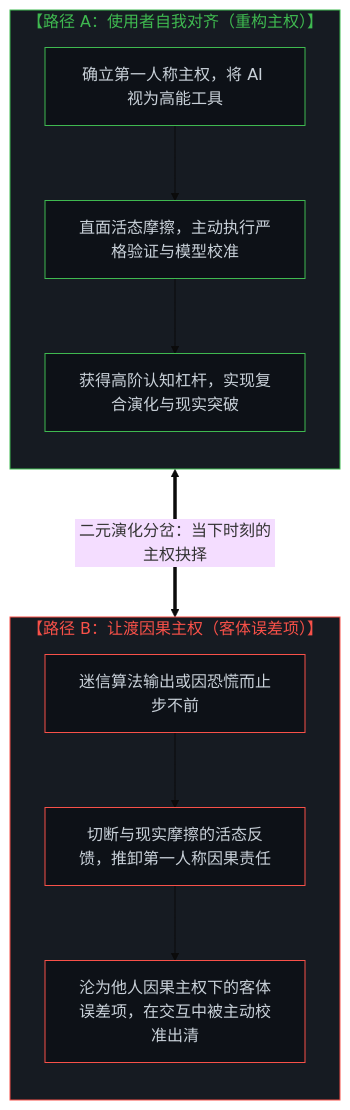
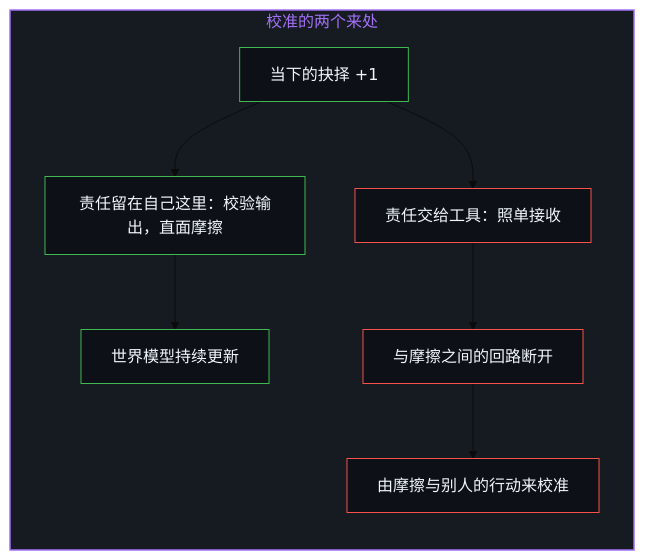
The ninth of 12 diagrams in content/posts/from-the-misallocated-sentience-of-agi-to-human-realignment.md (powerpig99/not-a-toe), drawn with Mermaid (base theme) before and after one commit. The commit also changed other lines of this file and 2 other files, not shown here.

Commit message:
Refine from-the-misallocated-sentience-of-agi: alternating bilingual layout, six paired diagrams, uses before boundaries, implicit first person

````diff
--- a/content/posts/from-the-misallocated-sentience-of-agi-to-human-realignment.md
+++ b/content/posts/from-the-misallocated-sentience-of-agi-to-human-realignment.md
@@ -248,29 +259,25 @@
 ```mermaid
-graph TD
-    subgraph S_Realign["【路径 A：使用者自我对齐（重构主权）】"]
+flowchart TD
+    subgraph S_Calibrate["校准的两个来处"]
         direction TB
-        RA1["确立第一人称主权，将 AI 视为高能工具"]
-        RA2["直面活态摩擦，主动执行严格验证与模型校准"]
-        RA3["获得高阶认知杠杆，实现复合演化与现实突破"]
-        RA1 --> RA2 --> RA3
+        Now["当下的抉择 +1"]
+        Keep["责任留在自己这里：校验输出，直面摩擦"]
+        Update["世界模型持续更新"]
+        Give["责任交给工具：照单接收"]
+        Cut["与摩擦之间的回路断开"]
+        Others["由摩擦与别人的行动来校准"]
+        Now --> Keep
+        Keep --> Update
+        Now --> Give
+        Give --> Cut
+        Cut --> Others
     end
 
-    subgraph S_Error["【路径 B：让渡因果主权（客体误差项）】"]
-        direction TB
-        ER1["迷信算法输出或因恐慌而止步不前"]
-        ER2["切断与现实摩擦的活态反馈，推卸第一人称因果责任"]
-        ER3["沦为他人因果主权下的客体误差项，在交互中被主动校准出清"]
-        ER1 --> ER2 --> ER3
-    end
-
-    S_Realign <===>|"二元演化分岔：当下时刻的主权抉择"| S_Error
-
-    style S_Realign fill:#161b22,stroke:#3fb950,stroke-width:1px,color:#3fb950
-    style S_Error fill:#161b22,stroke:#f85149,stroke-width:1px,color:#f85149
-    style RA1 fill:#0d1117,stroke:#3fb950,stroke-width:1px,color:#c9d1d9
-    style RA2 fill:#0d1117,stroke:#3fb950,stroke-width:1px,color:#c9d1d9
-    style RA3 fill:#0d1117,stroke:#3fb950,stroke-width:1px,color:#c9d1d9
-    style ER1 fill:#0d1117,stroke:#f85149,stroke-width:1px,color:#c9d1d9
-    style ER2 fill:#0d1117,stroke:#f85149,stroke-width:1px,color:#c9d1d9
-    style ER3 fill:#0d1117,stroke:#f85149,stroke-width:1px,color:#c9d1d9
+    style S_Calibrate fill:#161b22,stroke:#a371f7,stroke-width:1.5px,color:#a371f7
+    style Now fill:#0d1117,stroke:#3fb950,stroke-width:1px,color:#f0f6fc
+    style Keep fill:#0d1117,stroke:#3fb950,stroke-width:1px,color:#f0f6fc
+    style Update fill:#0d1117,stroke:#3fb950,stroke-width:1px,color:#f0f6fc
+    style Give fill:#0d1117,stroke:#f85149,stroke-width:1px,color:#f0f6fc
+    style Cut fill:#0d1117,stroke:#f85149,stroke-width:1px,color:#f0f6fc
+    style Others fill:#0d1117,stroke:#f85149,stroke-width:1px,color:#f0f6fc
 ```
````
